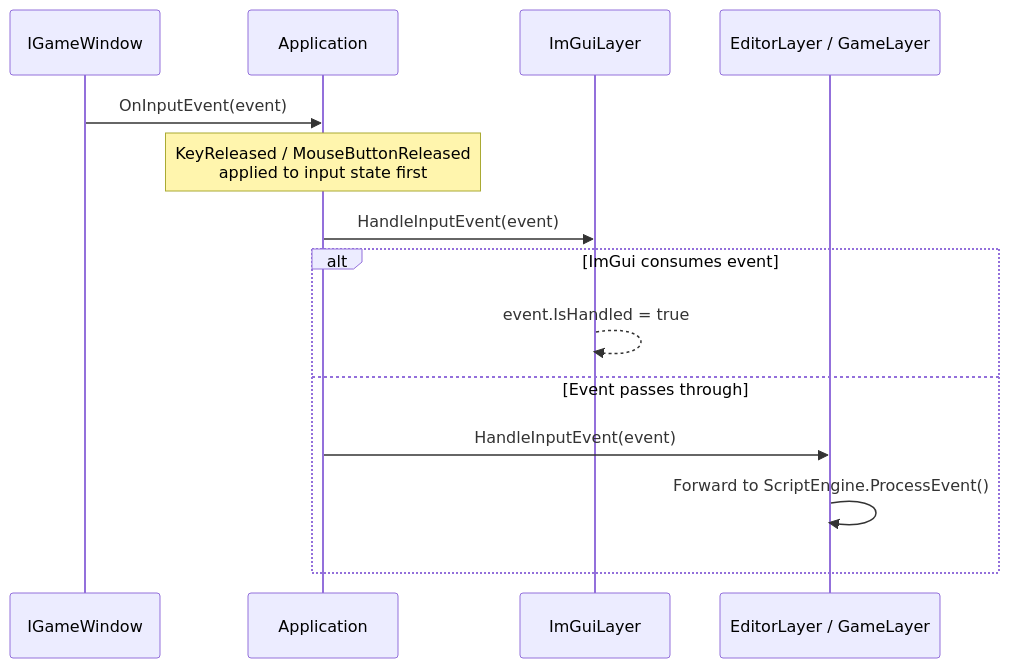
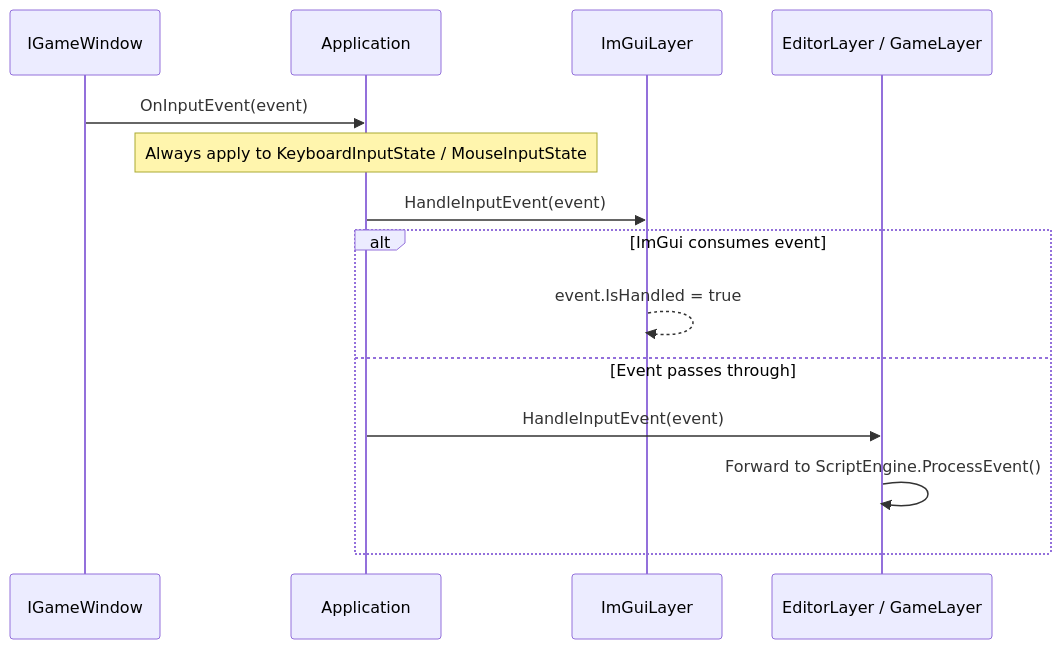
One commit to kateusz/GameEngine changed the sixth of 6 diagrams in docs/architecture/game-loop.md. Above: the diagram before and after it, drawn with Mermaid. The commit also changed other lines of this file and 28 other files, not shown here.

````diff
--- a/docs/architecture/game-loop.md
+++ b/docs/architecture/game-loop.md
@@ -245,17 +246,17 @@
 ```mermaid
 sequenceDiagram
     participant Platform as IGameWindow
     participant App as Application
     participant ImGui as ImGuiLayer
     participant Layer as EditorLayer / GameLayer
 
     Platform->>App: OnInputEvent(event)
-    Note over App: KeyReleased / MouseButtonReleased<br/>applied to input state first
+    Note over App: Always apply to KeyboardInputState / MouseInputState
     App->>ImGui: HandleInputEvent(event)
     alt ImGui consumes event
         ImGui-->>ImGui: event.IsHandled = true
     else Event passes through
         App->>Layer: HandleInputEvent(event)
         Layer->>Layer: Forward to ScriptEngine.ProcessEvent()
     end
 ```
````
